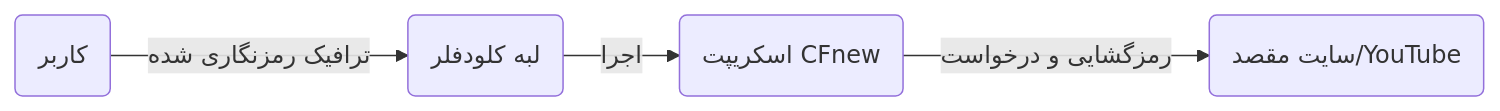
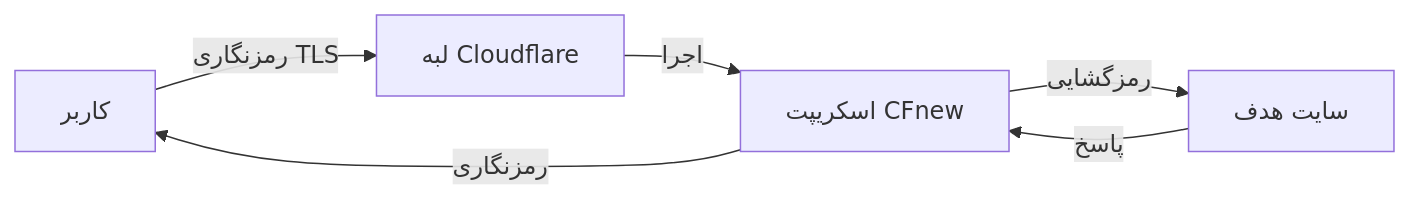
The first of 3 diagrams in فارسی.md (AmirrezaFarnamTaheri/mycfnew), drawn with Mermaid before and after one commit. The commit also changed other lines of this file and 1 other file, not shown here.

First line of the commit message:
Comprehensive Documentation Overhaul (Architecture, config, analogies)

````diff
--- a/فارسی.md
+++ b/فارسی.md
@@ -101,6 +97,8 @@
 ```mermaid
 graph LR
-    Client(کاربر) -->|ترافیک رمزنگاری شده| CF_Edge(لبه کلودفلر)
-    CF_Edge -->|اجرا| Worker(اسکریپت CFnew)
-    Worker -->|رمزگشایی و درخواست| Target(سایت مقصد/YouTube)
+    Client[کاربر] -->|رمزنگاری TLS| CF[لبه Cloudflare]
+    CF -->|اجرا| Worker[اسکریپت CFnew]
+    Worker -->|رمزگشایی| Target[سایت هدف]
+    Target -->|پاسخ| Worker
+    Worker -->|رمزنگاری| Client
 ```
````
